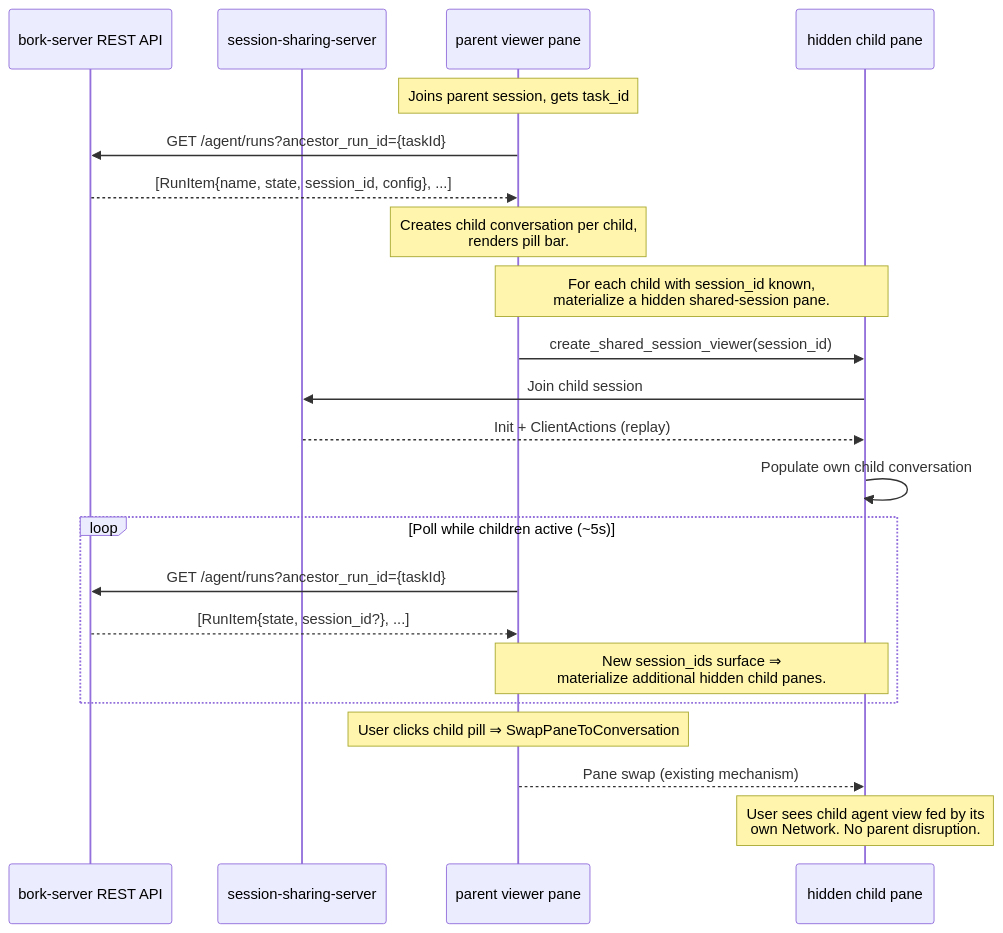
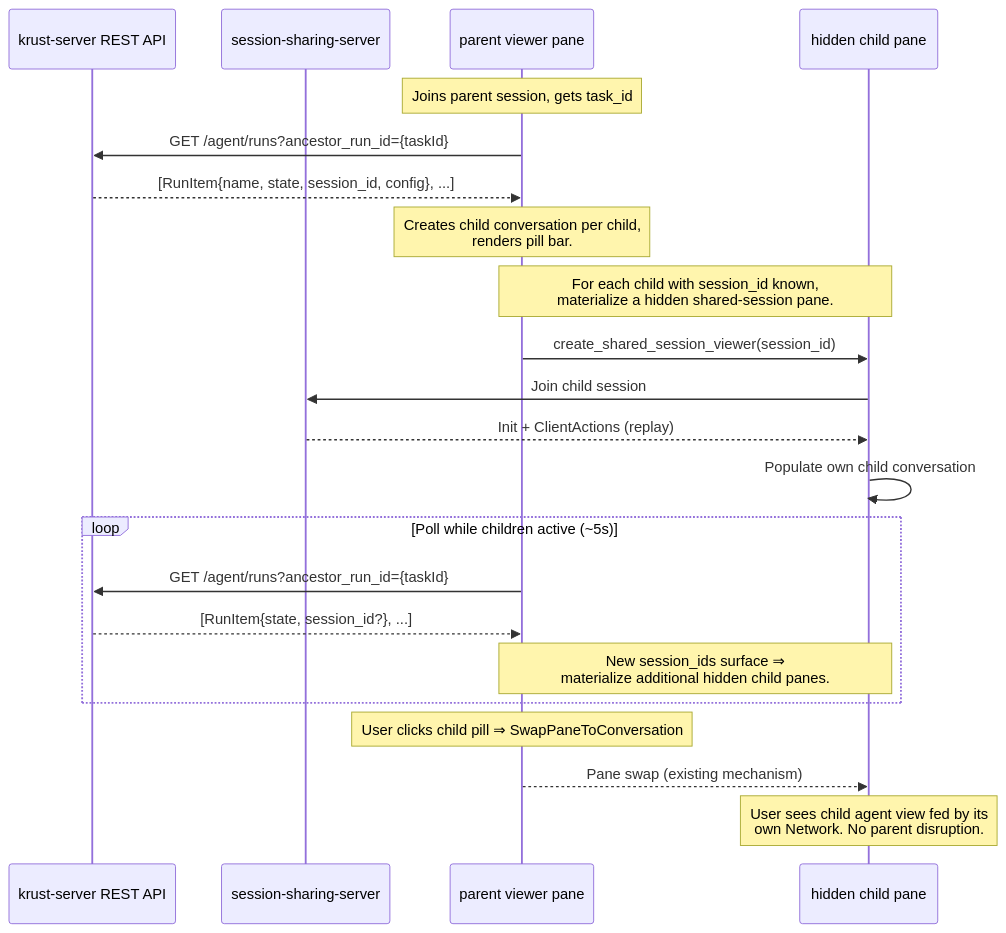
One commit to antikrust/krust-terminal changed the diagram in specs/orch-pill-bar-web/TECH.md. Above: the diagram before and after it, drawn with Mermaid. The commit also changed other lines of this file and 4480 other files, not shown here.

First line of the commit message:
Rebrand Bork -> Krust

````diff
--- a/specs/orch-pill-bar-web/TECH.md
+++ b/specs/orch-pill-bar-web/TECH.md
@@ -224,29 +224,29 @@
 ```mermaid
 sequenceDiagram
-    participant Server as bork-server REST API
+    participant Server as krust-server REST API
     participant SSS as session-sharing-server
     participant ParentPane as parent viewer pane
     participant ChildPane as hidden child pane
 
     Note over ParentPane: Joins parent session, gets task_id
     ParentPane->>Server: GET /agent/runs?ancestor_run_id={taskId}
     Server-->>ParentPane: [RunItem{name, state, session_id, config}, ...]
 
     Note over ParentPane: Creates child conversation per child,<br/>renders pill bar.
 
     Note over ParentPane,ChildPane: For each child with session_id known,<br/>materialize a hidden shared-session pane.
     ParentPane->>ChildPane: create_shared_session_viewer(session_id)
     ChildPane->>SSS: Join child session
     SSS-->>ChildPane: Init + ClientActions (replay)
     ChildPane->>ChildPane: Populate own child conversation
 
     loop Poll while children active (~5s)
         ParentPane->>Server: GET /agent/runs?ancestor_run_id={taskId}
         Server-->>ParentPane: [RunItem{state, session_id?}, ...]
         Note over ParentPane,ChildPane: New session_ids surface ⇒<br/>materialize additional hidden child panes.
     end
 
     Note over ParentPane: User clicks child pill ⇒ SwapPaneToConversation
     ParentPane-->>ChildPane: Pane swap (existing mechanism)
     Note over ChildPane: User sees child agent view fed by its<br/>own Network. No parent disruption.
 ```
````
